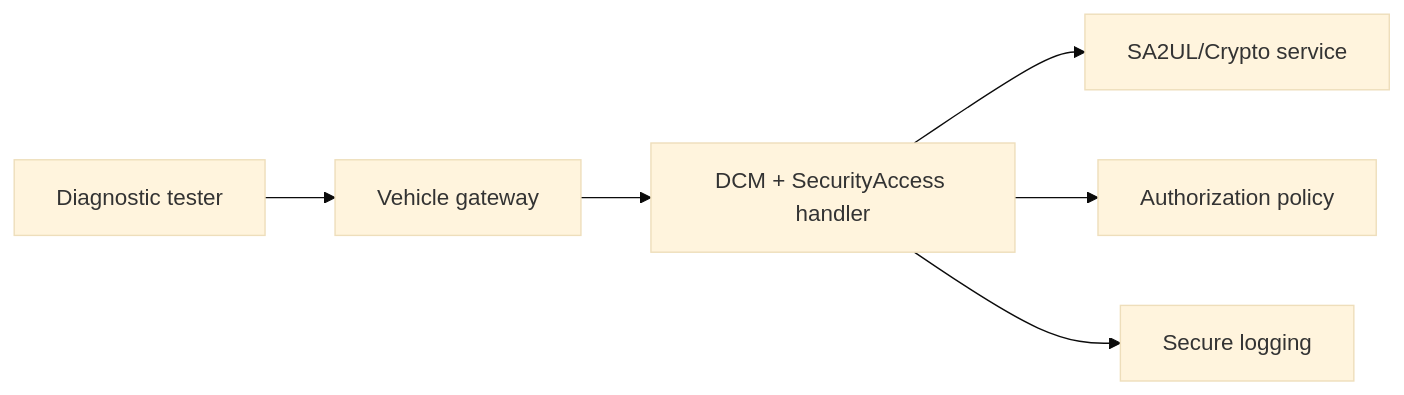
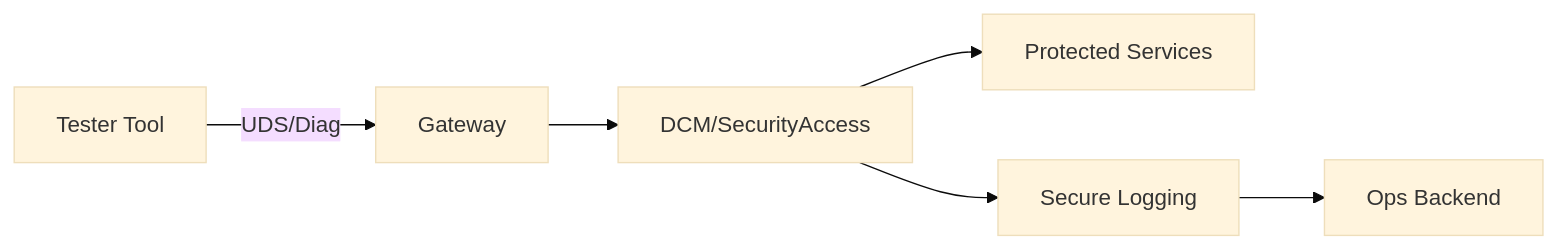
Before and after one commit to vinodneelakantam/Sec_Concepts_Req_tracability: the first of 3 diagrams in TDA4VM_SecureAccess_Requirements.md, drawn with Mermaid (base theme). The commit also changed other lines of this file and 7 other files, not shown here.

````diff
--- a/TDA4VM_SecureAccess_Requirements.md
+++ b/TDA4VM_SecureAccess_Requirements.md
@@ -54,14 +18,8 @@
 ```mermaid
-flowchart LR
-  Tester["Diagnostic tester"]
-  Gateway["Vehicle gateway"]
-  DCM["DCM + SecurityAccess handler"]
-  Policy["Authorization policy"]
-  Crypto["SA2UL/Crypto service"]
-  Log["Secure logging"]
-
-  Tester --> Gateway --> DCM
-  DCM --> Crypto
-  DCM --> Policy
-  DCM --> Log
+graph LR
+  Tester[Tester Tool] -->|UDS/Diag| GW[Gateway]
+  GW --> DCM[DCM/SecurityAccess]
+  DCM --> SRV[Protected Services]
+  DCM --> LOG[Secure Logging]
+  LOG --> Backend[Ops Backend]
 ```
````
